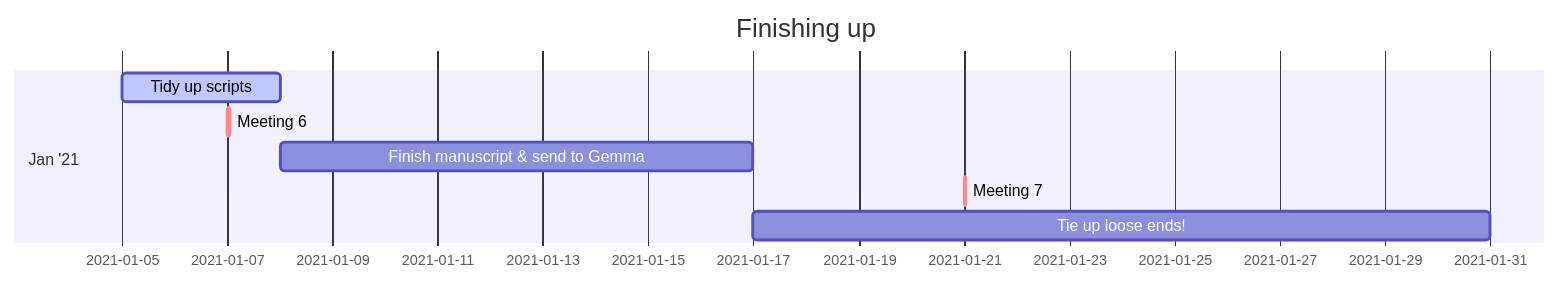
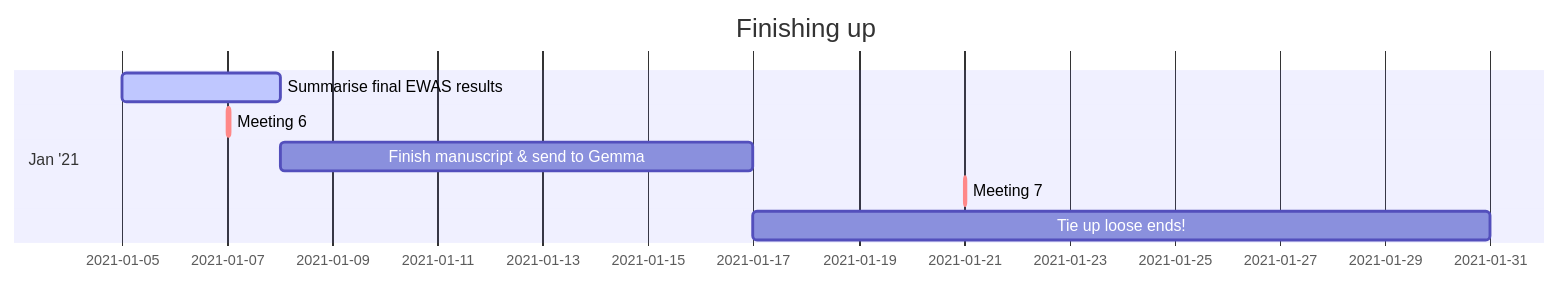
Before and after one commit to flozoemartin/MP1: the fourth of 5 diagrams in Planning/MP1 Gantt.md, drawn with Mermaid. The commit also changed other lines of this file, not shown here.

Commit message:
Update MP1 Gantt.md

````diff
--- a/Planning/MP1 Gantt.md
+++ b/Planning/MP1 Gantt.md
@@ -50,12 +50,12 @@
 ```mermaid
 gantt
     dateFormat  YYYY-MM-DD
     title       Finishing up
     
     section Jan '21
-    Tidy up scripts                           :active, des12, 2021-01-05, 2021-01-08
+    Summarise final EWAS results              :active, des12, 2021-01-05, 2021-01-08
     Meeting 6                                 :crit, 2021-01-07, 1h
     Finish manuscript & send to Gemma         :des13, after des12, 9d
     Meeting 7                                 :crit, 2021-01-21, 1h
     Tie up loose ends!                        :des14, after des13, 2021-01-31
 ```
````
